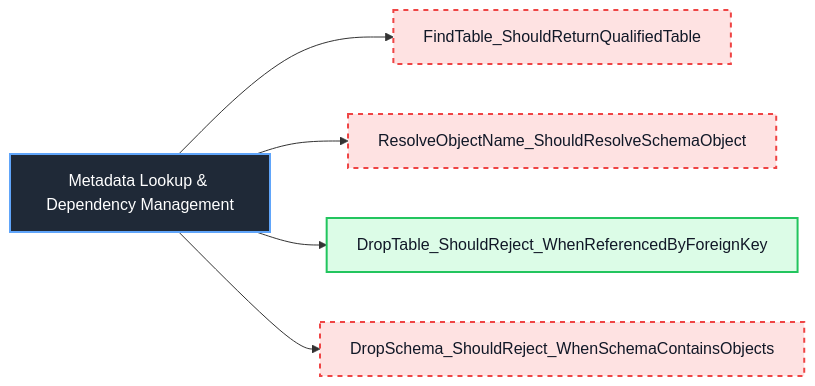
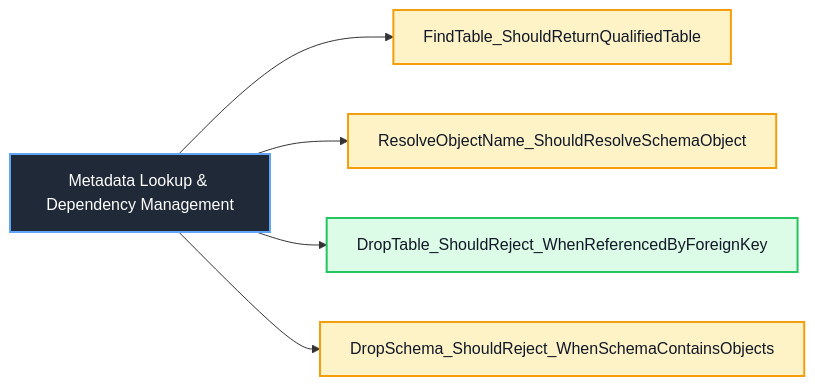
Diagram 47 of 53 in docs/sequence-diagrams/README.md (Hagiakhanh/bbv-dbms), drawn with Mermaid before and after one commit. The commit also changed other lines of this file and 30 other files, not shown here.

````diff
--- a/docs/sequence-diagrams/README.md
+++ b/docs/sequence-diagrams/README.md
@@ -1732,17 +1733,17 @@
 ```mermaid
 flowchart LR
     ClassNode["Metadata Lookup & Dependency Management"]
 
     ClassNode --> Metadata_Lookup___Dependency_Management_1["FindTable_ShouldReturnQualifiedTable"]
     ClassNode --> Metadata_Lookup___Dependency_Management_2["ResolveObjectName_ShouldResolveSchemaObject"]
     ClassNode --> Metadata_Lookup___Dependency_Management_3["DropTable_ShouldReject_WhenReferencedByForeignKey"]
     ClassNode --> Metadata_Lookup___Dependency_Management_4["DropSchema_ShouldReject_WhenSchemaContainsObjects"]
 
     classDef classNode fill:#1f2937,stroke:#60a5fa,color:#ffffff,stroke-width:2px
     classDef completedTest fill:#dcfce7,stroke:#22c55e,color:#111827,stroke-width:2px
-    classDef missingTest fill:#fee2e2,stroke:#ef4444,color:#111827,stroke-width:2px,stroke-dasharray:5 5
+    classDef redPhaseTest fill:#fef3c7,stroke:#f59e0b,color:#111827,stroke-width:2px
 
     class ClassNode classNode
     class Metadata_Lookup___Dependency_Management_3 completedTest
-    class Metadata_Lookup___Dependency_Management_1,Metadata_Lookup___Dependency_Management_2,Metadata_Lookup___Dependency_Management_4 missingTest
+    class Metadata_Lookup___Dependency_Management_1,Metadata_Lookup___Dependency_Management_2,Metadata_Lookup___Dependency_Management_4 redPhaseTest
 ```
````
